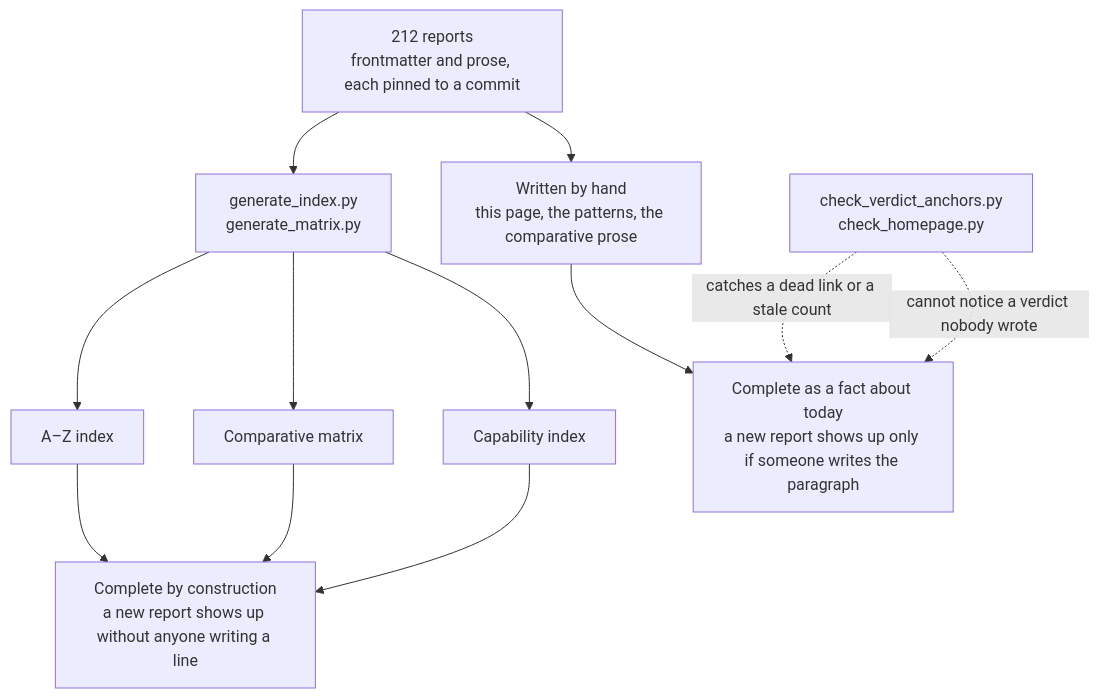
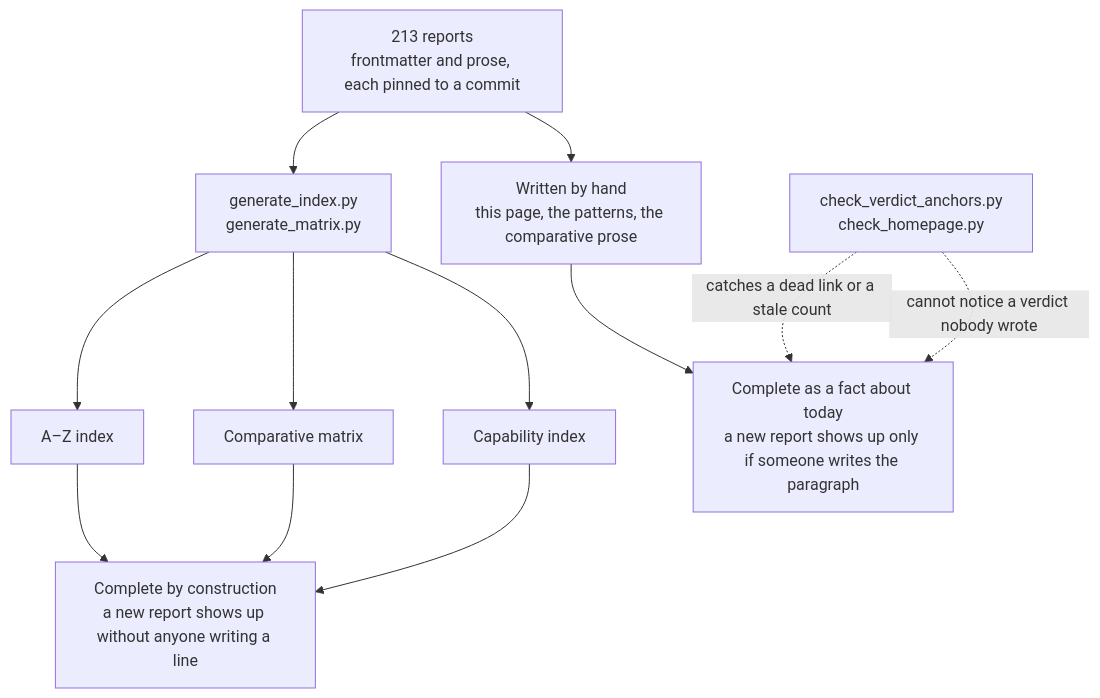
Before and after one commit to neoneye/agent-memory-atlas: the diagram in content/verdicts.md, drawn with Mermaid. The commit also changed other lines of this file and 19 other files, not shown here.

````diff
--- a/content/verdicts.md
+++ b/content/verdicts.md
@@ -40,15 +40,15 @@
 ```mermaid
 flowchart TD
-    R["212 reports<br/>frontmatter and prose, each pinned to a commit"]
+    R["213 reports<br/>frontmatter and prose, each pinned to a commit"]
     R --> GEN["generate_index.py<br/>generate_matrix.py"]
     R --> HAND["Written by hand<br/>this page, the patterns, the comparative prose"]
     GEN --> AZ["A–Z index"]
     GEN --> MX["Comparative matrix"]
     GEN --> CI["Capability index"]
     AZ --> CONST["Complete by construction<br/>a new report shows up without anyone writing a line"]
     MX --> CONST
     CI --> CONST
     HAND --> TODAY["Complete as a fact about today<br/>a new report shows up only if someone writes the paragraph"]
     CHK["check_verdict_anchors.py<br/>check_homepage.py"] -.->|"catches a dead link or a stale count"| TODAY
     CHK -.->|"cannot notice a verdict nobody wrote"| TODAY
 ```
````
